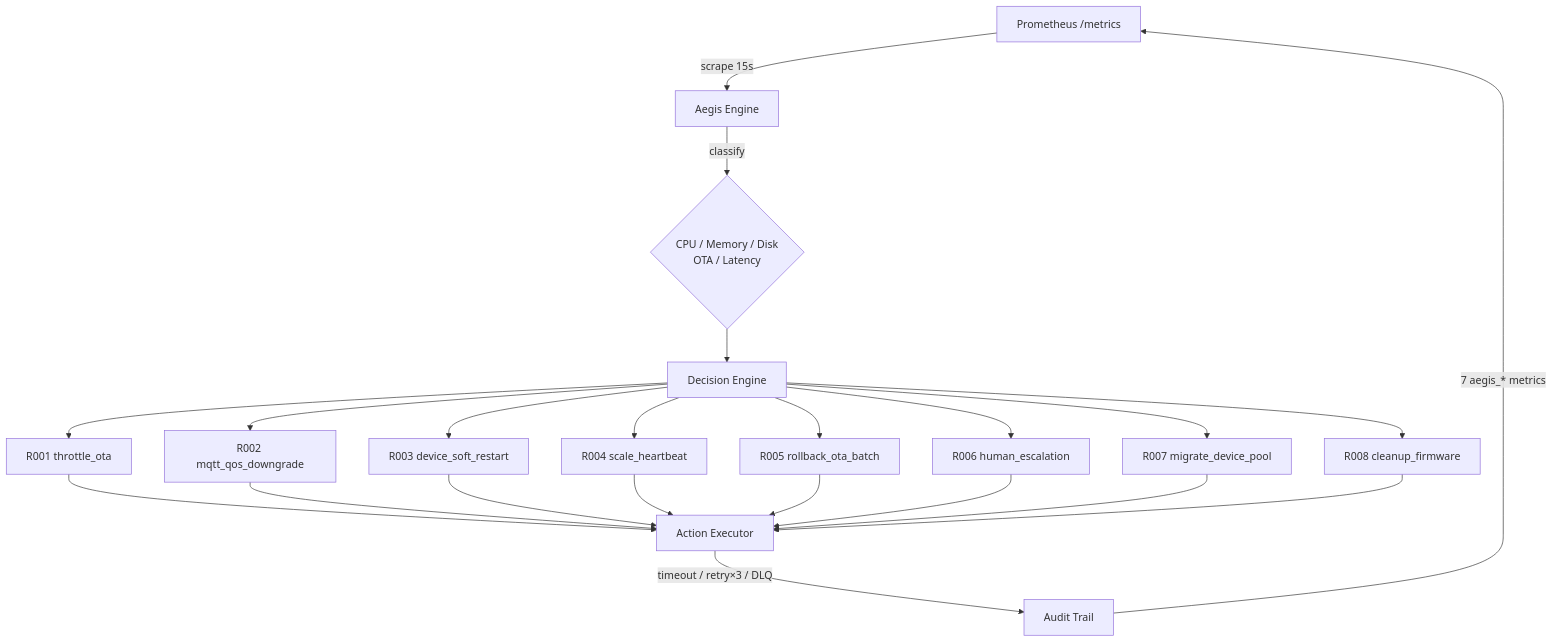
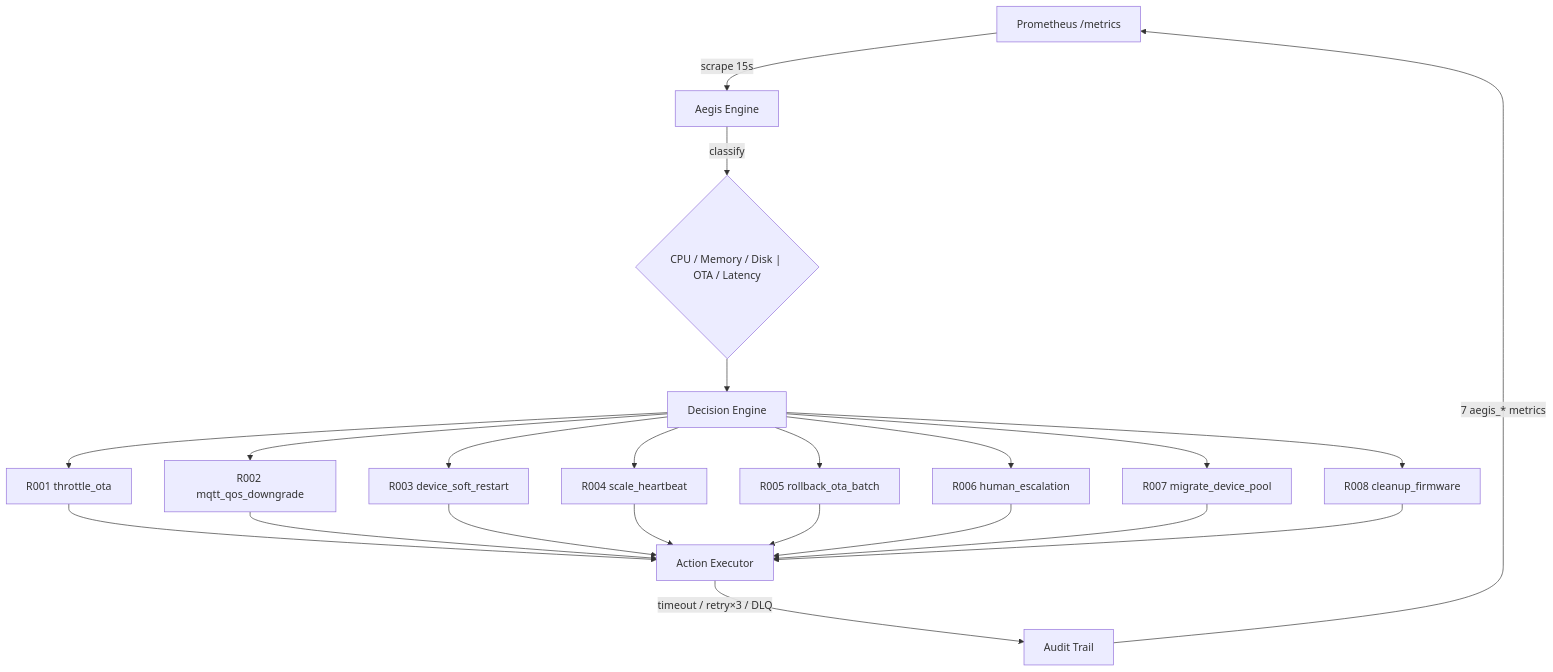
One commit to yevano09/fleet-management changed the second of 4 diagrams in DEMO_GUIDE.md. Above: the diagram before and after it, drawn with Mermaid. The commit also changed other lines of this file and 3 other files, not shown here.

Commit message:
Updates diagrams - via mermaid <br>

````diff
--- a/DEMO_GUIDE.md
+++ b/DEMO_GUIDE.md
@@ -419,24 +419,24 @@
 ```mermaid
 flowchart TD
     PRO[Prometheus /metrics] -->|scrape 15s| AE[Aegis Engine]
-    AE -->|classify| CS{CPU / Memory / Disk<br/>OTA / Latency}
+    AE -->|classify| CS{"CPU / Memory / Disk | OTA / Latency"}
     CS --> DE[Decision Engine]
     DE --> R1[R001 throttle_ota]
     DE --> R2[R002 mqtt_qos_downgrade]
     DE --> R3[R003 device_soft_restart]
     DE --> R4[R004 scale_heartbeat]
     DE --> R5[R005 rollback_ota_batch]
     DE --> R6[R006 human_escalation]
     DE --> R7[R007 migrate_device_pool]
     DE --> R8[R008 cleanup_firmware]
     R1 --> ACT[Action Executor]
     R2 --> ACT
     R3 --> ACT
     R4 --> ACT
     R5 --> ACT
     R6 --> ACT
     R7 --> ACT
     R8 --> ACT
     ACT -->|timeout / retry×3 / DLQ| AT[Audit Trail]
     AT -->|7 aegis_* metrics| PRO
 ```
````
